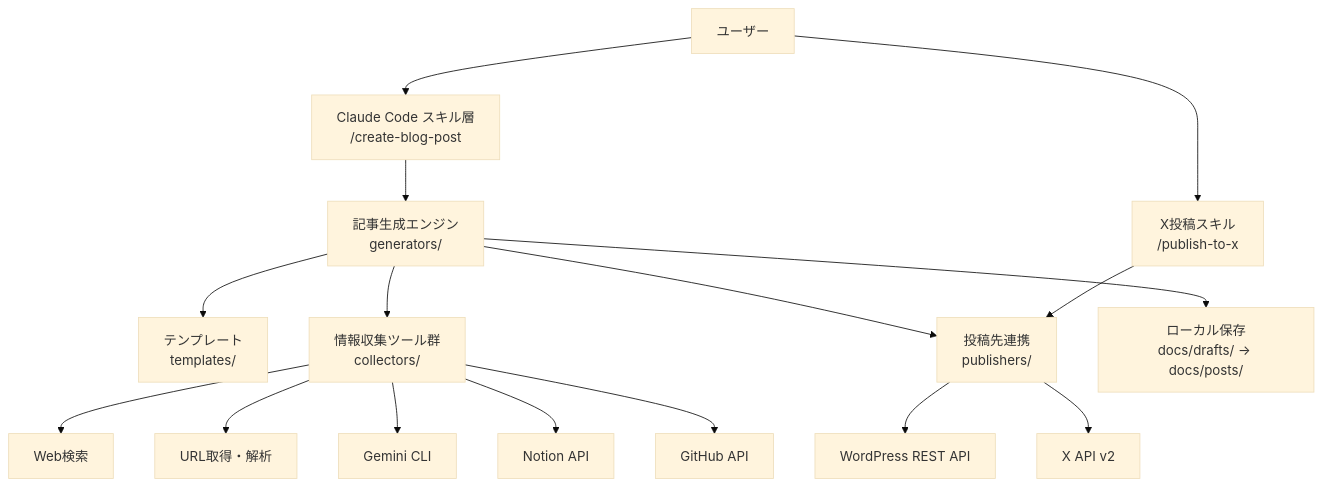
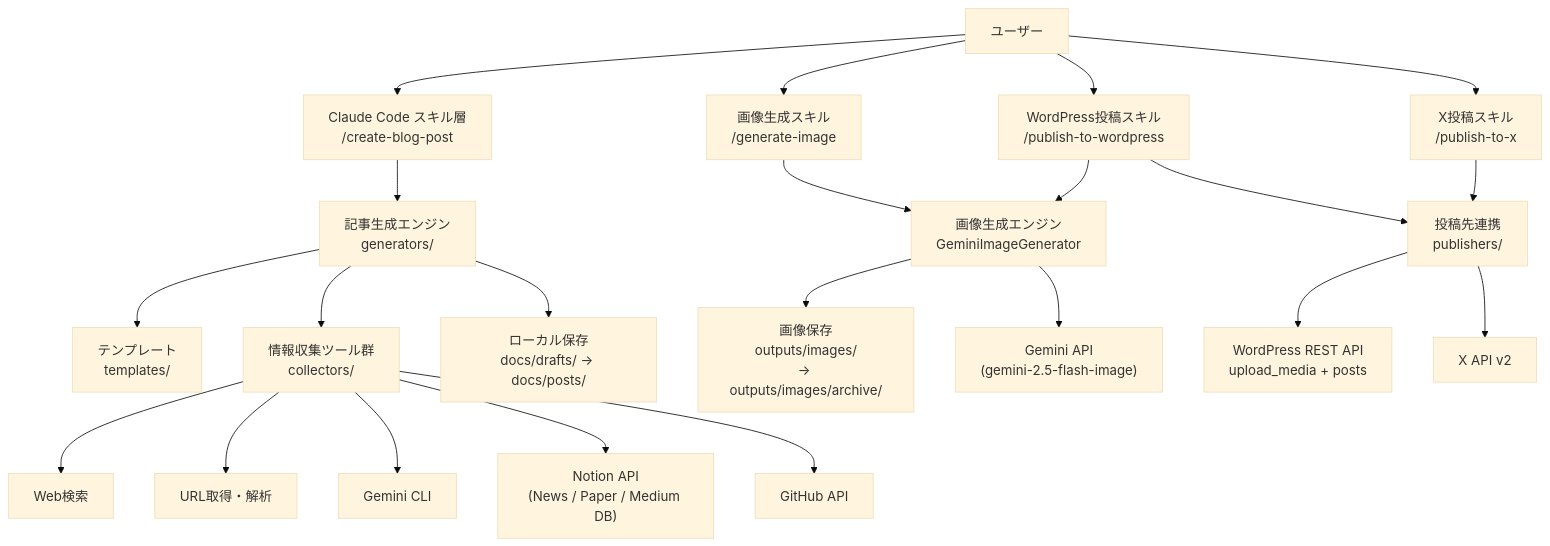
Before and after one commit to aidotters/social-content-creator: the first of 4 diagrams in docs/core/functional-design.md, drawn with Mermaid (base theme). The commit also changed other lines of this file and 21 other files, not shown here.

Commit message:
added: generate image feature

````diff
--- a/docs/core/functional-design.md
+++ b/docs/core/functional-design.md
@@ -8,38 +8,50 @@
 ```mermaid
 graph TB
     User[ユーザー]
     Skill["Claude Code スキル層<br/>/create-blog-post"]
+    ImageSkill["画像生成スキル<br/>/generate-image"]
     Generator["記事生成エンジン<br/>generators/"]
+    ImageGen["画像生成エンジン<br/>GeminiImageGenerator"]
     Template["テンプレート<br/>templates/"]
     Collector["情報収集ツール群<br/>collectors/"]
     Publisher["投稿先連携<br/>publishers/"]
     Storage["ローカル保存<br/>docs/drafts/ → docs/posts/"]
+    ImageStorage["画像保存<br/>outputs/images/<br/>→ outputs/images/archive/"]
     XSkill["X投稿スキル<br/>/publish-to-x"]
+    WPSkill["WordPress投稿スキル<br/>/publish-to-wordpress"]
 
     WebSearch[Web検索]
     URLFetcher[URL取得・解析]
     GeminiCLI[Gemini CLI]
-    NotionAPI[Notion API]
+    NotionAPI["Notion API<br/>(News / Paper / Medium DB)"]
     GitHubAPI[GitHub API]
+    GeminiAPI["Gemini API<br/>(gemini-2.5-flash-image)"]
 
-    WordPress[WordPress REST API]
+    WordPress["WordPress REST API<br/>upload_media + posts"]
     XAPI[X API v2]
 
     User --> Skill
     User --> XSkill
+    User --> ImageSkill
+    User --> WPSkill
     Skill --> Generator
     Generator --> Template
     Generator --> Collector
-    Generator --> Publisher
     Generator --> Storage
+
+    ImageSkill --> ImageGen
+    WPSkill --> ImageGen
+    WPSkill --> Publisher
+    ImageGen --> GeminiAPI
+    ImageGen --> ImageStorage
 
     Collector --> WebSearch
     Collector --> URLFetcher
     Collector --> GeminiCLI
     Collector --> NotionAPI
     Collector --> GitHubAPI
 
     Publisher --> WordPress
     XSkill --> Publisher
     Publisher --> XAPI
 ```
````
